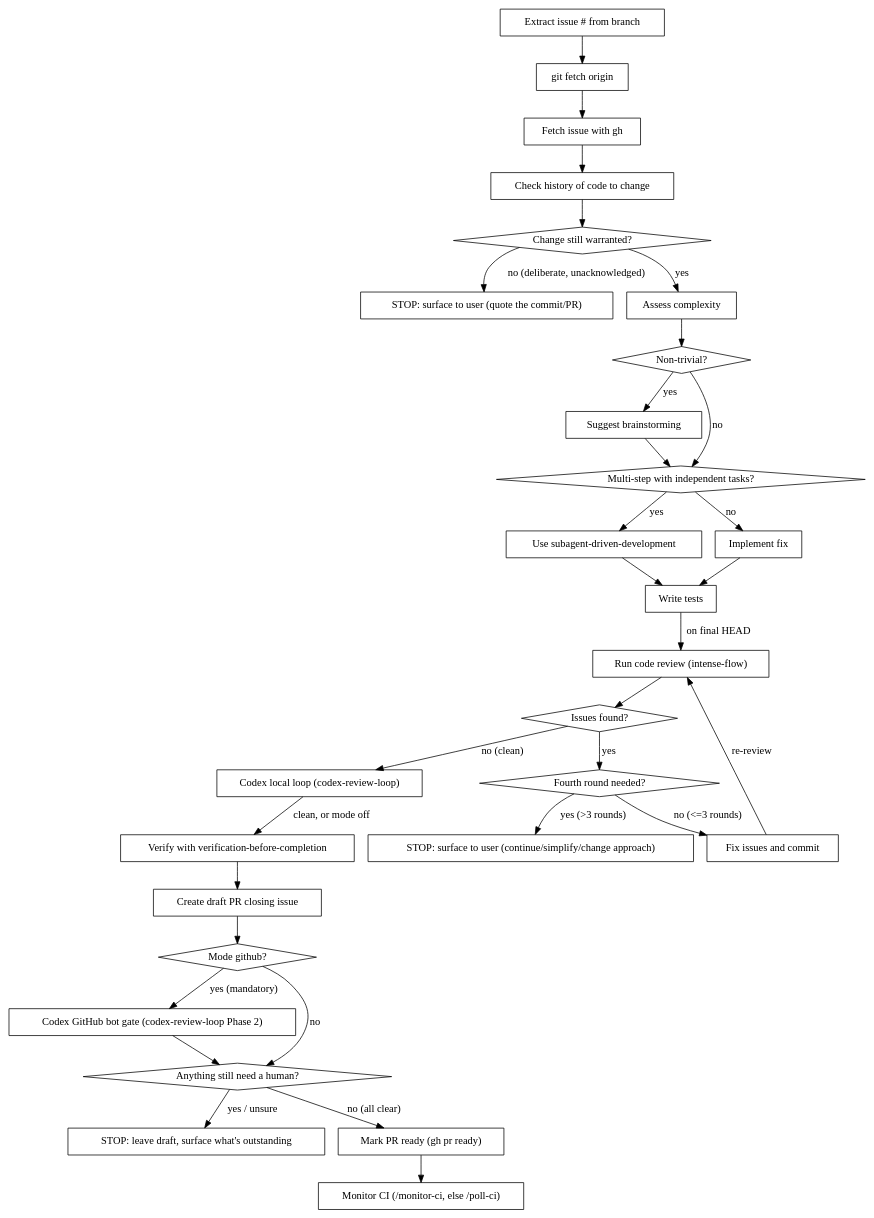
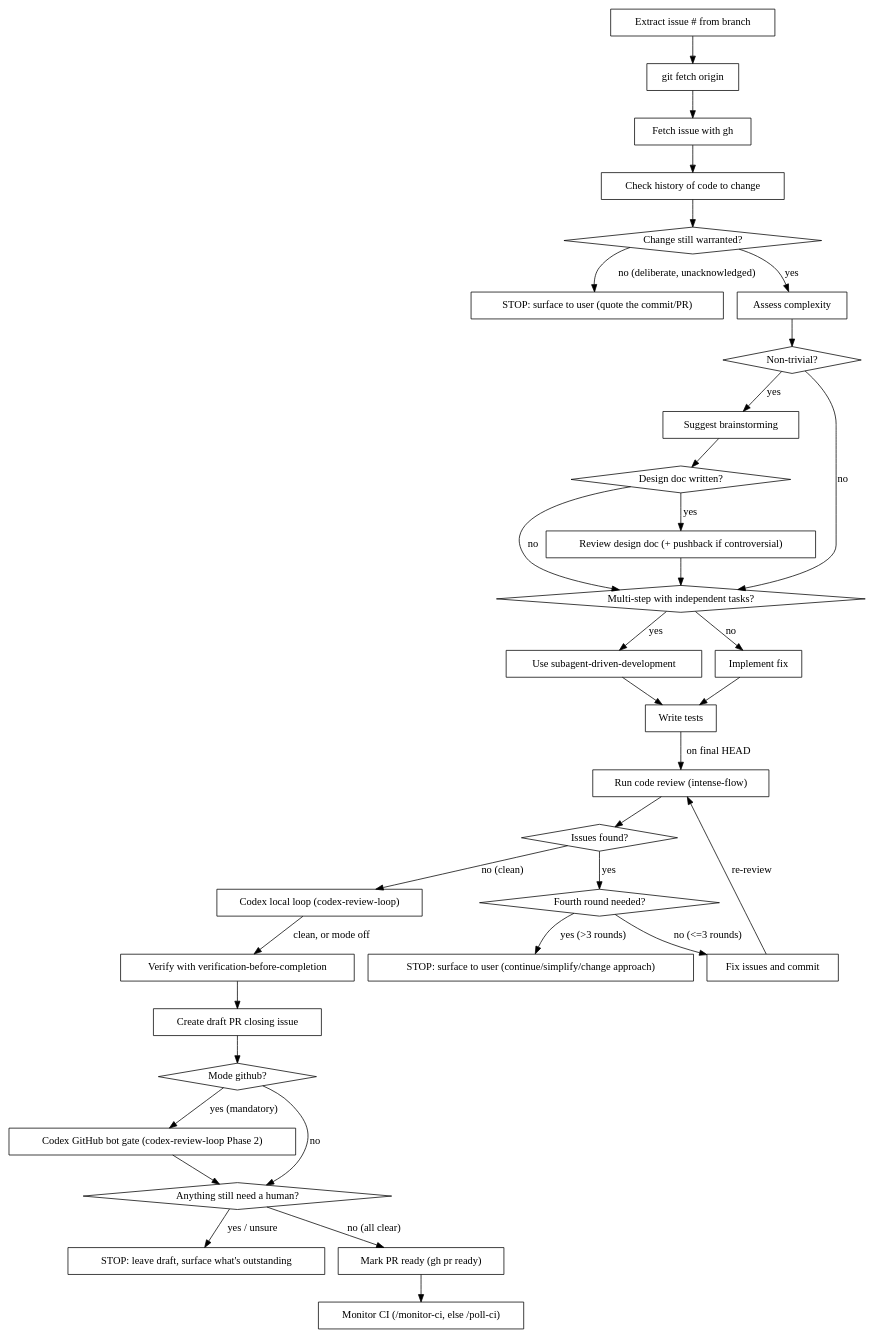
Before and after one commit to oalders/kitchen-sink: the diagram in commands/fix-gh-issue.md, drawn with Graphviz. The commit also changed other lines of this file and 3 other files, not shown here.

First line of the commit message:
Review design docs before writing-plans in fix-gh-issue (v2.38.0) (#90)

````diff
--- a/commands/fix-gh-issue.md
+++ b/commands/fix-gh-issue.md
@@ -43,62 +46,67 @@
 ```dot
 digraph fix_issue {
     "Extract issue # from branch" [shape=box];
     "git fetch origin" [shape=box];
     "Fetch issue with gh" [shape=box];
     "Check history of code to change" [shape=box];
     "Change still warranted?" [shape=diamond];
     "STOP: surface to user (quote the commit/PR)" [shape=box];
     "Assess complexity" [shape=box];
     "Non-trivial?" [shape=diamond];
     "Suggest brainstorming" [shape=box];
+    "Design doc written?" [shape=diamond];
+    "Review design doc (+ pushback if controversial)" [shape=box];
     "Multi-step with independent tasks?" [shape=diamond];
     "Use subagent-driven-development" [shape=box];
     "Implement fix" [shape=box];
     "Write tests" [shape=box];
     "Run code review (intense-flow)" [shape=box];
     "Issues found?" [shape=diamond];
     "Fourth round needed?" [shape=diamond];
     "STOP: surface to user (continue/simplify/change approach)" [shape=box];
     "Fix issues and commit" [shape=box];
     "Codex local loop (codex-review-loop)" [shape=box];
     "Verify with verification-before-completion" [shape=box];
     "Create draft PR closing issue" [shape=box];
     "Mode github?" [shape=diamond];
     "Codex GitHub bot gate (codex-review-loop Phase 2)" [shape=box];
     "Anything still need a human?" [shape=diamond];
     "STOP: leave draft, surface what's outstanding" [shape=box];
     "Mark PR ready (gh pr ready)" [shape=box];
     "Monitor CI (/monitor-ci, else /poll-ci)" [shape=box];
 
     "Extract issue # from branch" -> "git fetch origin";
     "git fetch origin" -> "Fetch issue with gh";
     "Fetch issue with gh" -> "Check history of code to change";
     "Check history of code to change" -> "Change still warranted?";
     "Change still warranted?" -> "STOP: surface to user (quote the commit/PR)" [label="no (deliberate, unacknowledged)"];
     "Change still warranted?" -> "Assess complexity" [label="yes"];
     "Assess complexity" -> "Non-trivial?";
     "Non-trivial?" -> "Suggest brainstorming" [label="yes"];
     "Non-trivial?" -> "Multi-step with independent tasks?" [label="no"];
-    "Suggest brainstorming" -> "Multi-step with independent tasks?";
+    "Suggest brainstorming" -> "Design doc written?";
+    "Design doc written?" -> "Review design doc (+ pushback if controversial)" [label="yes"];
+    "Design doc written?" -> "Multi-step with independent tasks?" [label="no"];
+    "Review design doc (+ pushback if controversial)" -> "Multi-step with independent tasks?";
     "Multi-step with independent tasks?" -> "Use subagent-driven-development" [label="yes"];
     "Multi-step with independent tasks?" -> "Implement fix" [label="no"];
     "Use subagent-driven-development" -> "Write tests";
     "Implement fix" -> "Write tests";
     "Write tests" -> "Run code review (intense-flow)" [label="on final HEAD"];
     "Run code review (intense-flow)" -> "Issues found?";
     "Issues found?" -> "Fourth round needed?" [label="yes"];
     "Fourth round needed?" -> "STOP: surface to user (continue/simplify/change approach)" [label="yes (>3 rounds)"];
     "Fourth round needed?" -> "Fix issues and commit" [label="no (<=3 rounds)"];
     "Fix issues and commit" -> "Run code review (intense-flow)" [label="re-review"];
     "Issues found?" -> "Codex local loop (codex-review-loop)" [label="no (clean)"];
     "Codex local loop (codex-review-loop)" -> "Verify with verification-before-completion" [label="clean, or mode off"];
     "Verify with verification-before-completion" -> "Create draft PR closing issue";
     "Create draft PR closing issue" -> "Mode github?";
     "Mode github?" -> "Codex GitHub bot gate (codex-review-loop Phase 2)" [label="yes (mandatory)"];
     "Mode github?" -> "Anything still need a human?" [label="no"];
     "Codex GitHub bot gate (codex-review-loop Phase 2)" -> "Anything still need a human?";
     "Anything still need a human?" -> "STOP: leave draft, surface what's outstanding" [label="yes / unsure"];
     "Anything still need a human?" -> "Mark PR ready (gh pr ready)" [label="no (all clear)"];
     "Mark PR ready (gh pr ready)" -> "Monitor CI (/monitor-ci, else /poll-ci)";
 }
 ```
````
